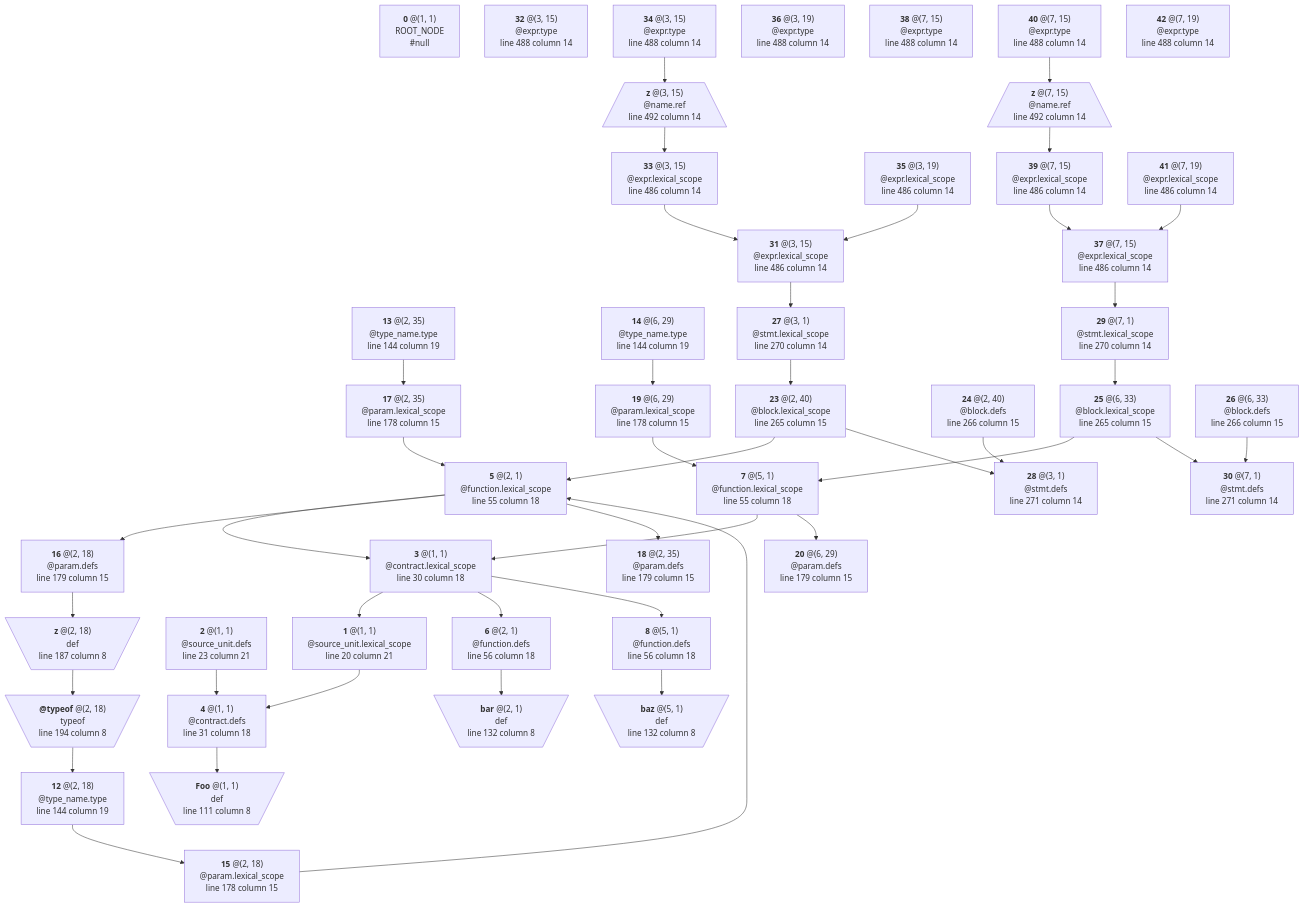
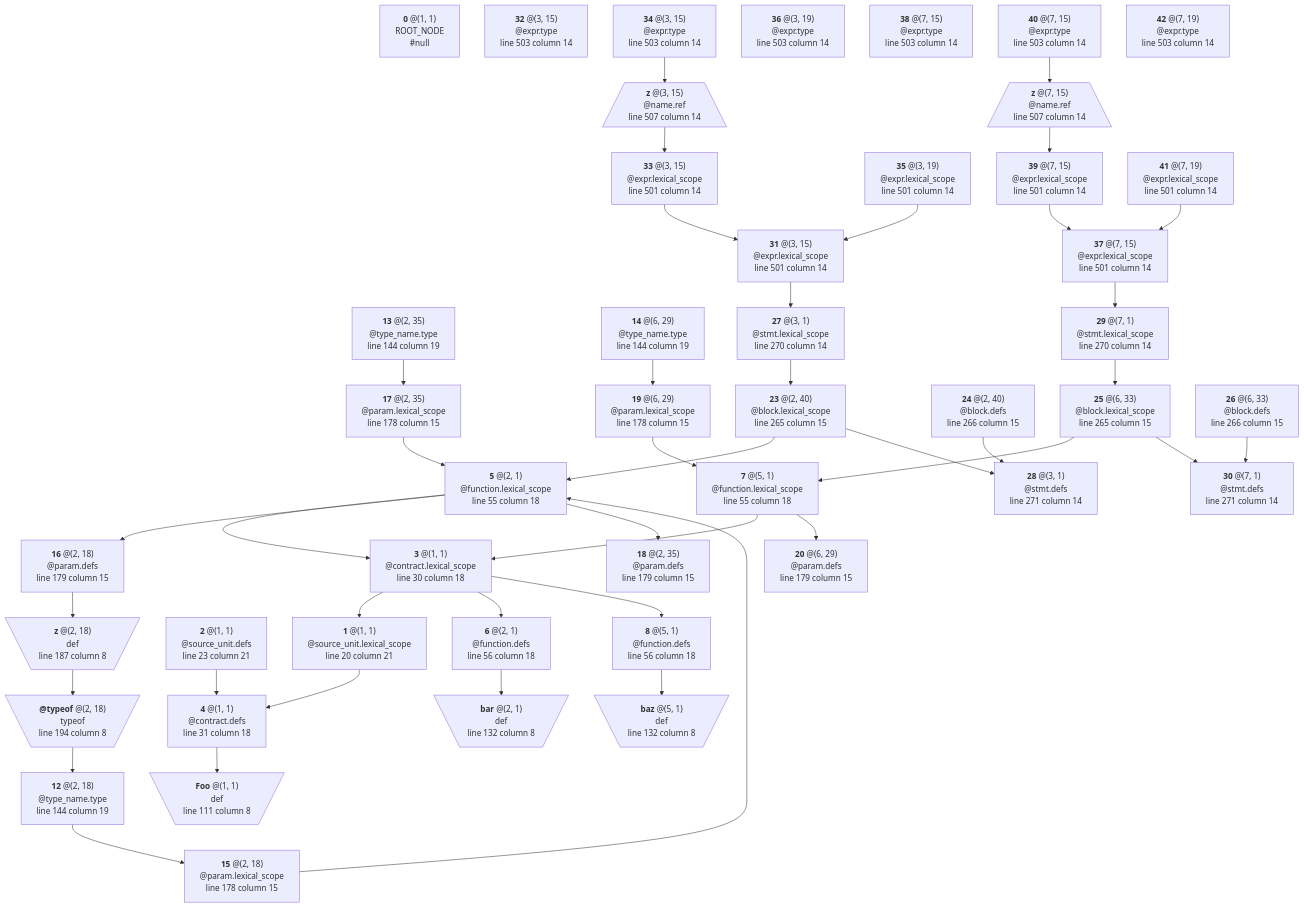
Before and after one commit to manastech/slang: the diagram in crates/solidity/testing/snapshots/bindings_output/lexical/generated/params.sol-0.4.11.mmd, drawn with Mermaid. The commit also changed 21 other files, not shown here.

```diff
--- a/crates/solidity/testing/snapshots/bindings_output/lexical/generated/params.sol-0.4.11.mmd
+++ b/crates/solidity/testing/snapshots/bindings_output/lexical/generated/params.sol-0.4.11.mmd
@@ -1,176 +1,176 @@
 graph TD
 	N0["`**0** @(1, 1)
 ROOT_NODE
 #null`"]
 	N1["`**1** @(1, 1)
 @source_unit.lexical_scope
 line 20 column 21`"]
 	N1 --> N4
 	N2["`**2** @(1, 1)
 @source_unit.defs
 line 23 column 21`"]
 	N2 --> N4
 	N3["`**3** @(1, 1)
 @contract.lexical_scope
 line 30 column 18`"]
 	N3 --> N1
 	N3 --> N6
 	N3 --> N8
 	N4["`**4** @(1, 1)
 @contract.defs
 line 31 column 18`"]
 	N4 --> N9
 	N5["`**5** @(2, 1)
 @function.lexical_scope
 line 55 column 18`"]
 	N5 --> N3
 	N5 --> N16
 	N5 --> N18
 	N6["`**6** @(2, 1)
 @function.defs
 line 56 column 18`"]
 	N6 --> N10
 	N7["`**7** @(5, 1)
 @function.lexical_scope
 line 55 column 18`"]
 	N7 --> N3
 	N7 --> N20
 	N8["`**8** @(5, 1)
 @function.defs
 line 56 column 18`"]
 	N8 --> N11
 	N9[\"`**Foo** @(1, 1)
 def
 line 111 column 8`"/]
 	N10[\"`**bar** @(2, 1)
 def
 line 132 column 8`"/]
 	N11[\"`**baz** @(5, 1)
 def
 line 132 column 8`"/]
 	N12["`**12** @(2, 18)
 @type_name.type
 line 144 column 19`"]
 	N12 --> N15
 	N13["`**13** @(2, 35)
 @type_name.type
 line 144 column 19`"]
 	N13 --> N17
 	N14["`**14** @(6, 29)
 @type_name.type
 line 144 column 19`"]
 	N14 --> N19
 	N15["`**15** @(2, 18)
 @param.lexical_scope
 line 178 column 15`"]
 	N15 --> N5
 	N16["`**16** @(2, 18)
 @param.defs
 line 179 column 15`"]
 	N16 --> N21
 	N17["`**17** @(2, 35)
 @param.lexical_scope
 line 178 column 15`"]
 	N17 --> N5
 	N18["`**18** @(2, 35)
 @param.defs
 line 179 column 15`"]
 	N19["`**19** @(6, 29)
 @param.lexical_scope
 line 178 column 15`"]
 	N19 --> N7
 	N20["`**20** @(6, 29)
 @param.defs
 line 179 column 15`"]
 	N21[\"`**z** @(2, 18)
 def
 line 187 column 8`"/]
 	N21 --> N22
 	N22[\"`**@typeof** @(2, 18)
 typeof
 line 194 column 8`"/]
 	N22 --> N12
 	N23["`**23** @(2, 40)
 @block.lexical_scope
 line 265 column 15`"]
 	N23 --> N5
 	N23 --> N28
 	N24["`**24** @(2, 40)
 @block.defs
 line 266 column 15`"]
 	N24 --> N28
 	N25["`**25** @(6, 33)
 @block.lexical_scope
 line 265 column 15`"]
 	N25 --> N7
 	N25 --> N30
 	N26["`**26** @(6, 33)
 @block.defs
 line 266 column 15`"]
 	N26 --> N30
 	N27["`**27** @(3, 1)
 @stmt.lexical_scope
 line 270 column 14`"]
 	N27 --> N23
 	N28["`**28** @(3, 1)
 @stmt.defs
 line 271 column 14`"]
 	N29["`**29** @(7, 1)
 @stmt.lexical_scope
 line 270 column 14`"]
 	N29 --> N25
 	N30["`**30** @(7, 1)
 @stmt.defs
 line 271 column 14`"]
 	N31["`**31** @(3, 15)
 @expr.lexical_scope
-line 486 column 14`"]
+line 501 column 14`"]
 	N31 --> N27
 	N32["`**32** @(3, 15)
 @expr.type
-line 488 column 14`"]
+line 503 column 14`"]
 	N33["`**33** @(3, 15)
 @expr.lexical_scope
-line 486 column 14`"]
+line 501 column 14`"]
 	N33 --> N31
 	N34["`**34** @(3, 15)
 @expr.type
-line 488 column 14`"]
+line 503 column 14`"]
 	N34 --> N43
 	N35["`**35** @(3, 19)
 @expr.lexical_scope
-line 486 column 14`"]
+line 501 column 14`"]
 	N35 --> N31
 	N36["`**36** @(3, 19)
 @expr.type
-line 488 column 14`"]
+line 503 column 14`"]
 	N37["`**37** @(7, 15)
 @expr.lexical_scope
-line 486 column 14`"]
+line 501 column 14`"]
 	N37 --> N29
 	N38["`**38** @(7, 15)
 @expr.type
-line 488 column 14`"]
+line 503 column 14`"]
 	N39["`**39** @(7, 15)
 @expr.lexical_scope
-line 486 column 14`"]
+line 501 column 14`"]
 	N39 --> N37
 	N40["`**40** @(7, 15)
 @expr.type
-line 488 column 14`"]
+line 503 column 14`"]
 	N40 --> N44
 	N41["`**41** @(7, 19)
 @expr.lexical_scope
-line 486 column 14`"]
+line 501 column 14`"]
 	N41 --> N37
 	N42["`**42** @(7, 19)
 @expr.type
-line 488 column 14`"]
+line 503 column 14`"]
 	N43[/"`**z** @(3, 15)
 @name.ref
-line 492 column 14`"\]
+line 507 column 14`"\]
 	N43 --> N33
 	N44[/"`**z** @(7, 15)
 @name.ref
-line 492 column 14`"\]
+line 507 column 14`"\]
 	N44 --> N39
```
